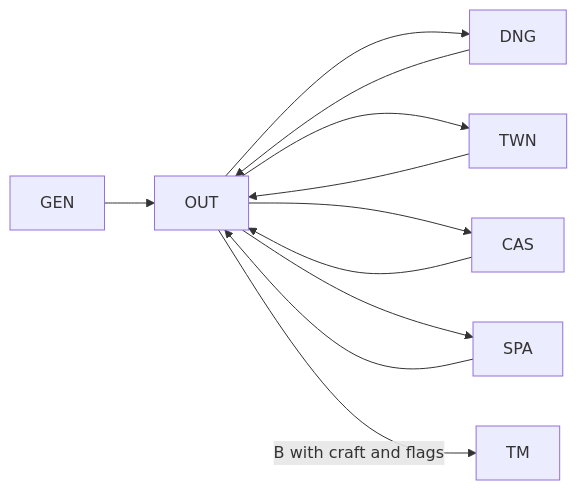
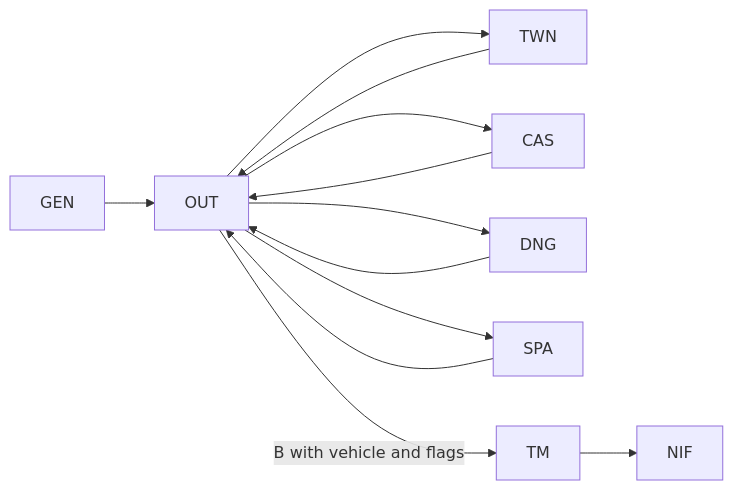
The diagram in docs/game-structure.md (hongjuny/Ultima1_reveng), drawn with Mermaid before and after one commit. The commit also changed other lines of this file and 15 other files, not shown here.

````diff
--- a/docs/game-structure.md
+++ b/docs/game-structure.md
@@ -17,9 +17,10 @@
 ```mermaid
 flowchart LR
-  GEN --> OUT
-  OUT --> DNG --> OUT
-  OUT --> TWN --> OUT
-  OUT --> CAS --> OUT
-  OUT --> SPA --> OUT
-  OUT -->|B with craft and flags| TM
+    GEN --> OUT
+    OUT --> TWN --> OUT
+    OUT --> CAS --> OUT
+    OUT --> DNG --> OUT
+    OUT --> SPA --> OUT
+    OUT -->|B with vehicle and flags| TM
+    TM --> NIF
 ```
````
